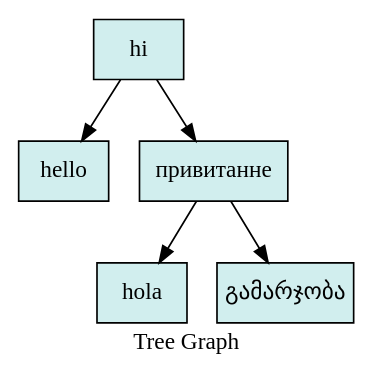
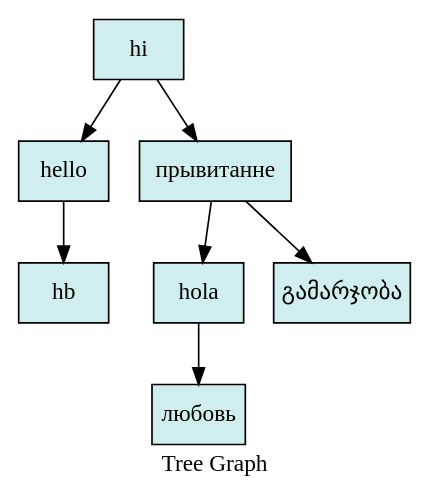
The diagram in 6_tree/txt/graph_tree_rls.dot (StaVan28/iLab), drawn with Graphviz before and after one commit. The commit also changed 9 other files, not shown here.

```diff
--- a/6_tree/txt/graph_tree_rls.dot
+++ b/6_tree/txt/graph_tree_rls.dot
@@ -1,27 +1,35 @@
 digraph Tree {
 
 	node [shape = "circle", style = "filled", fillcolor = "red",fontcolor = "#000000", margin = "0.01"];
 	rankdir = "TB";
 
 	label = "Tree Graph";
 
 	"0x5b7fc80" [shape = "record", fillcolor="lightcyan2", label = "{hi}" ];
 	"0x5b7fc80"->"0x5b801e0";
 	"0x5b7fc80"->"0x5b7fe20";
 
 
-	"0x5b7fe20" [shape = "record", fillcolor="lightcyan2", label = "{привитанне}" ];
+	"0x5b7fe20" [shape = "record", fillcolor="lightcyan2", label = "{прывитанне}" ];
 	"0x5b7fe20"->"0x5b7ff00";
 	"0x5b7fe20"->"0x5b80100";
 
 
 	"0x5b80100" [shape = "record", fillcolor="lightcyan2", label = "{გამარჯობა}" ];
 
 
 	"0x5b7ff00" [shape = "record", fillcolor="lightcyan2", label = "{hola}" ];
+	"0x5b7ff00"->"0x5b80260";
+
+
+	"0x5b80260" [shape = "record", fillcolor="lightcyan2", label = "{любовь}" ];
 
 
 	"0x5b801e0" [shape = "record", fillcolor="lightcyan2", label = "{hello}" ];
+	"0x5b801e0"->"0x5b802e0";
+
+
+	"0x5b802e0" [shape = "record", fillcolor="lightcyan2", label = "{hb}" ];
 
 
 }
```
